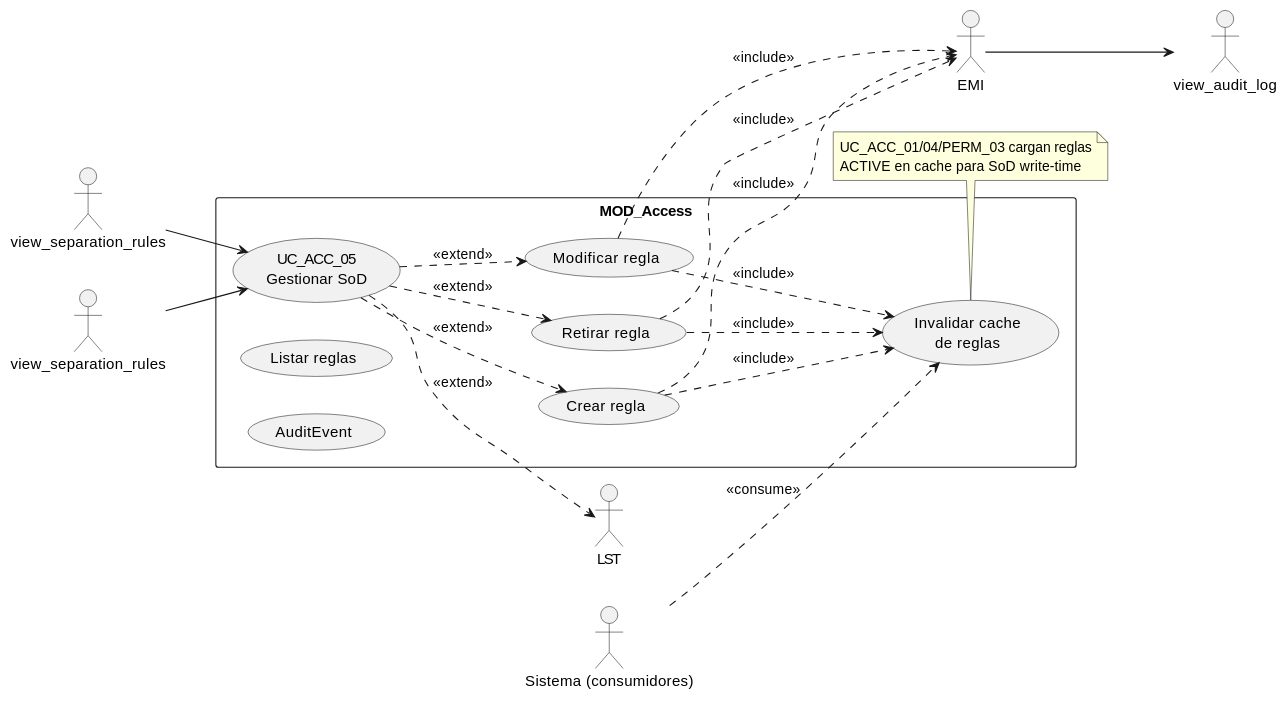
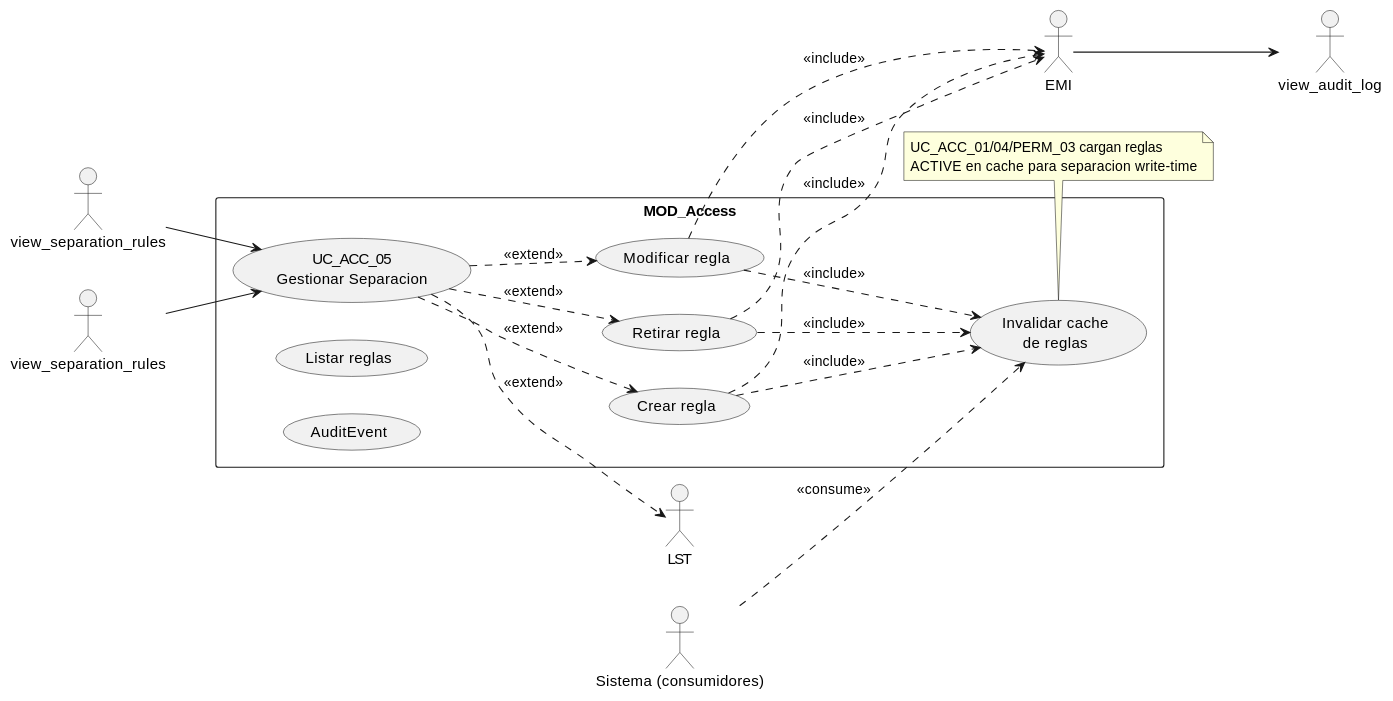
The diagram in source/requisitos/casos-uso/access/uc-acc-05/diagramas-uml/diagrama-de-caso-de-uso.rst (jcg-admin/IACT-docs), drawn with PlantUML before and after one commit. The commit also changed 148 other files, not shown here.

```diff
--- a/source/requisitos/casos-uso/access/uc-acc-05/diagramas-uml/diagrama-de-caso-de-uso.rst
+++ b/source/requisitos/casos-uso/access/uc-acc-05/diagramas-uml/diagrama-de-caso-de-uso.rst
@@ -4,42 +4,42 @@
 .. uml::
  :caption: UC_ACC_05 — actores y casos asociados
 
  @startuml
  left to right direction
 
  actor "view_separation_rules" as VIEWER
  actor "view_separation_rules" as MANAGER
  actor "view_audit_log" as view_audit_log
  actor "Sistema (consumidores)" as SistemaConsumidores
 
  rectangle "MOD_Access" {
-   usecase "UC_ACC_05\nGestionar SoD" as UC_ACC_05
+   usecase "UC_ACC_05\nGestionar Separacion" as UC_ACC_05
    usecase "Listar reglas" as VistaListado
    usecase "Crear regla" as CREAR_AGRUPADOR
    usecase "Modificar regla" as MODIFICAR_AGRUPADOR
    usecase "Retirar regla" as RETIRAR_AGRUPADOR
    usecase "AuditEvent" as AuditEmitter
    usecase "Invalidar cache\nde reglas" as CACHE_PERMISOS
  }
 
  VIEWER --> UC_ACC_05
  MANAGER --> UC_ACC_05
  UC_ACC_05 ..> LST : <<extend>>
  UC_ACC_05 ..> CREAR_AGRUPADOR : <<extend>>
  UC_ACC_05 ..> MODIFICAR_AGRUPADOR : <<extend>>
  UC_ACC_05 ..> RETIRAR_AGRUPADOR : <<extend>>
  CREAR_AGRUPADOR ..> EMI : <<include>>
  MODIFICAR_AGRUPADOR ..> EMI : <<include>>
  RETIRAR_AGRUPADOR ..> EMI : <<include>>
  CREAR_AGRUPADOR ..> CACHE_PERMISOS : <<include>>
  MODIFICAR_AGRUPADOR ..> CACHE_PERMISOS : <<include>>
  RETIRAR_AGRUPADOR ..> CACHE_PERMISOS : <<include>>
  EMI --> view_audit_log
  SistemaConsumidores ..> CACHE_PERMISOS : <<consume>>
 
  note bottom of CACHE_PERMISOS
    UC_ACC_01/04/PERM_03 cargan reglas
-   ACTIVE en cache para SoD write-time
+   ACTIVE en cache para separacion write-time
  end note
 
  @enduml
```
